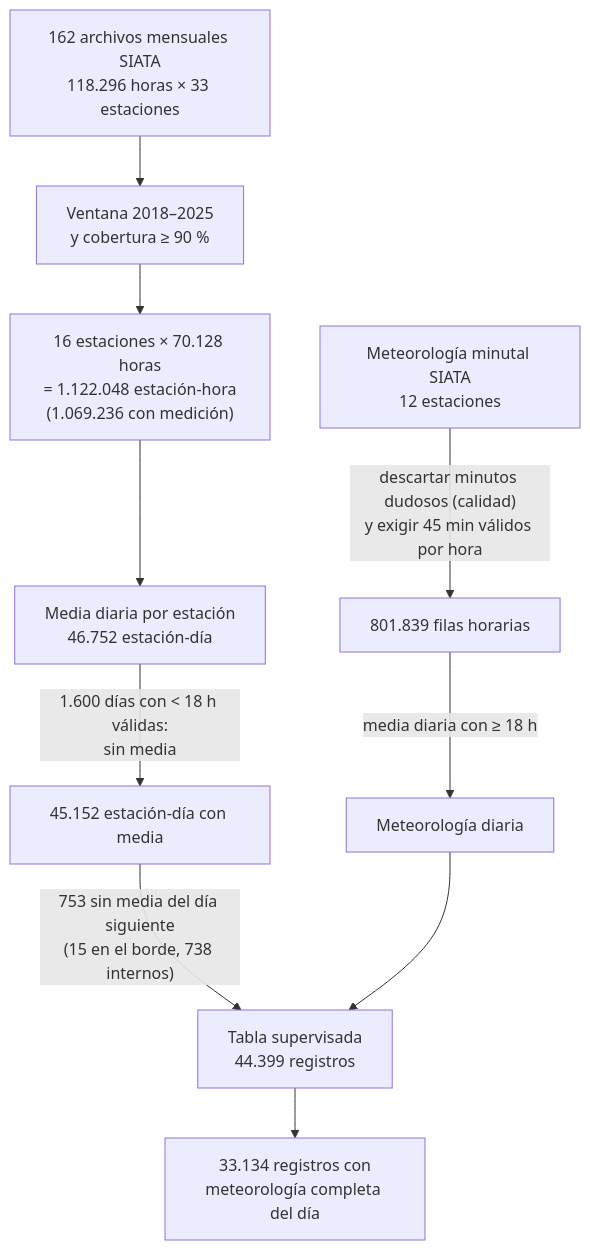
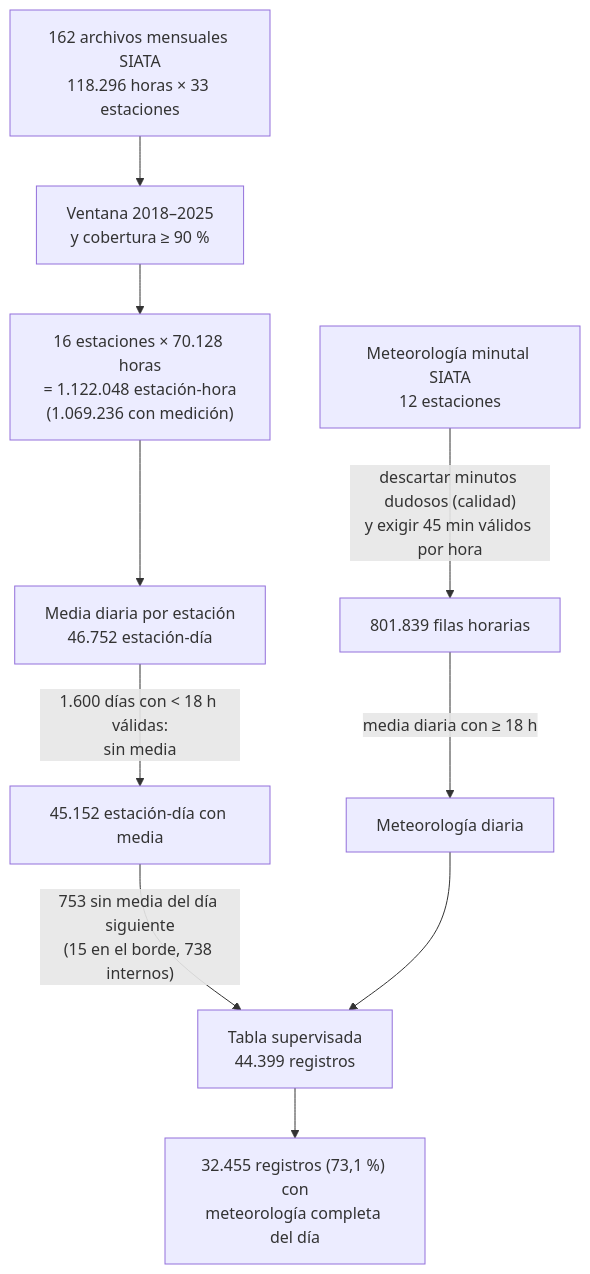
Before and after one commit to linaballesteros/air-quality-applied-ml: the diagram in feedback-delivery-01/respuestas.md, drawn with Mermaid. The commit also changed other lines of this file and 11 other files, not shown here.

Commit message:
add TikZ flow diagrams for data, methodology and rolling origin

````diff
--- a/feedback-delivery-01/respuestas.md
+++ b/feedback-delivery-01/respuestas.md
@@ -68,12 +68,12 @@
 ```mermaid
 flowchart TD
     A["162 archivos mensuales SIATA<br/>118.296 horas × 33 estaciones"] --> B["Ventana 2018–2025<br/>y cobertura ≥ 90 %"]
     B --> C["16 estaciones × 70.128 horas<br/>= 1.122.048 estación-hora<br/>(1.069.236 con medición)"]
     C --> D["Media diaria por estación<br/>46.752 estación-día"]
     D -->|"1.600 días con < 18 h válidas:<br/>sin media"| E["45.152 estación-día con media"]
     E -->|"753 sin media del día siguiente<br/>(15 en el borde, 738 internos)"| F["Tabla supervisada<br/>44.399 registros"]
     M["Meteorología minutal SIATA<br/>12 estaciones"] -->|"descartar minutos dudosos (calidad)<br/>y exigir 45 min válidos por hora"| N["801.839 filas horarias"]
     N -->|"media diaria con ≥ 18 h"| O["Meteorología diaria"]
     O --> F
-    F --> G["33.134 registros con<br/>meteorología completa del día"]
+    F --> G["32.455 registros (73,1 %) con<br/>meteorología completa del día"]
 ```
````
